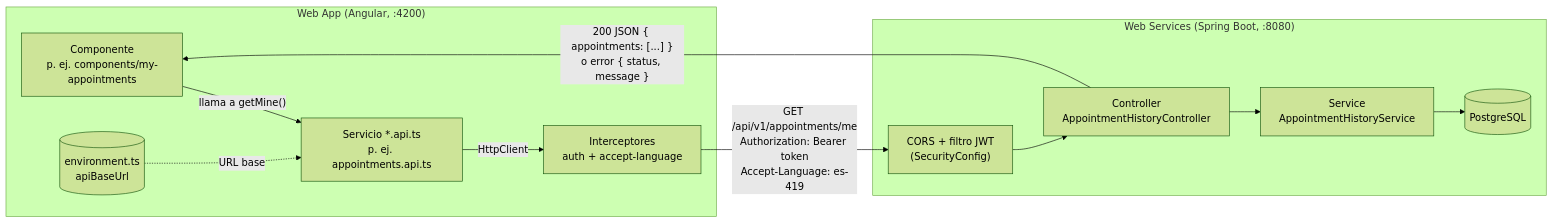
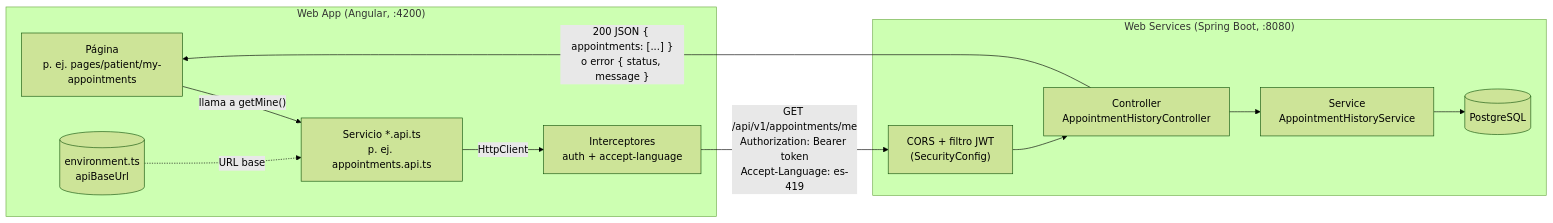
One commit to Ravit18/fisiovital-web-app changed the first of 3 diagrams in README.md. Above: the diagram before and after it, drawn with Mermaid (forest theme). The commit also changed other lines of this file and 95 other files, not shown here.

````diff
--- a/README.md
+++ b/README.md
@@ -26,23 +26,23 @@
 ```mermaid
 flowchart LR
     subgraph WebApp["Web App (Angular, :4200)"]
-        P["Componente<br/>p. ej. components/my-appointments"]
+        P["Página<br/>p. ej. pages/patient/my-appointments"]
         S["Servicio *.api.ts<br/>p. ej. appointments.api.ts"]
         I["Interceptores<br/>auth + accept-language"]
         E[("environment.ts<br/>apiBaseUrl")]
         P -- "llama a getMine()" --> S
         E -. "URL base" .-> S
         S -- "HttpClient" --> I
     end
 
     subgraph Backend["Web Services (Spring Boot, :8080)"]
         C["CORS + filtro JWT<br/>(SecurityConfig)"]
         RC["Controller<br/>AppointmentHistoryController"]
         SV["Service<br/>AppointmentHistoryService"]
         DB[("PostgreSQL")]
         C --> RC --> SV --> DB
     end
 
     I -- "GET /api/v1/appointments/me<br/>Authorization: Bearer token<br/>Accept-Language: es-419" --> C
     RC -- "200 JSON { appointments: [...] }<br/>o error { status, message }" --> P
 ```
````
